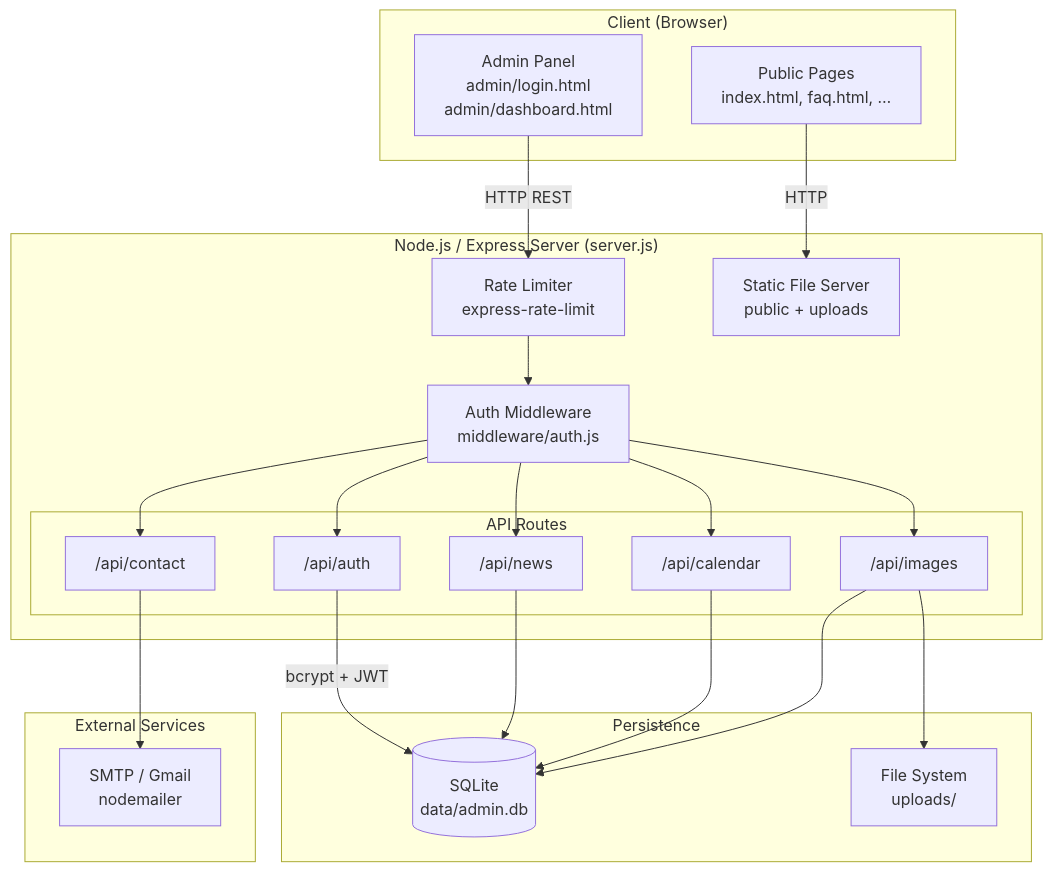
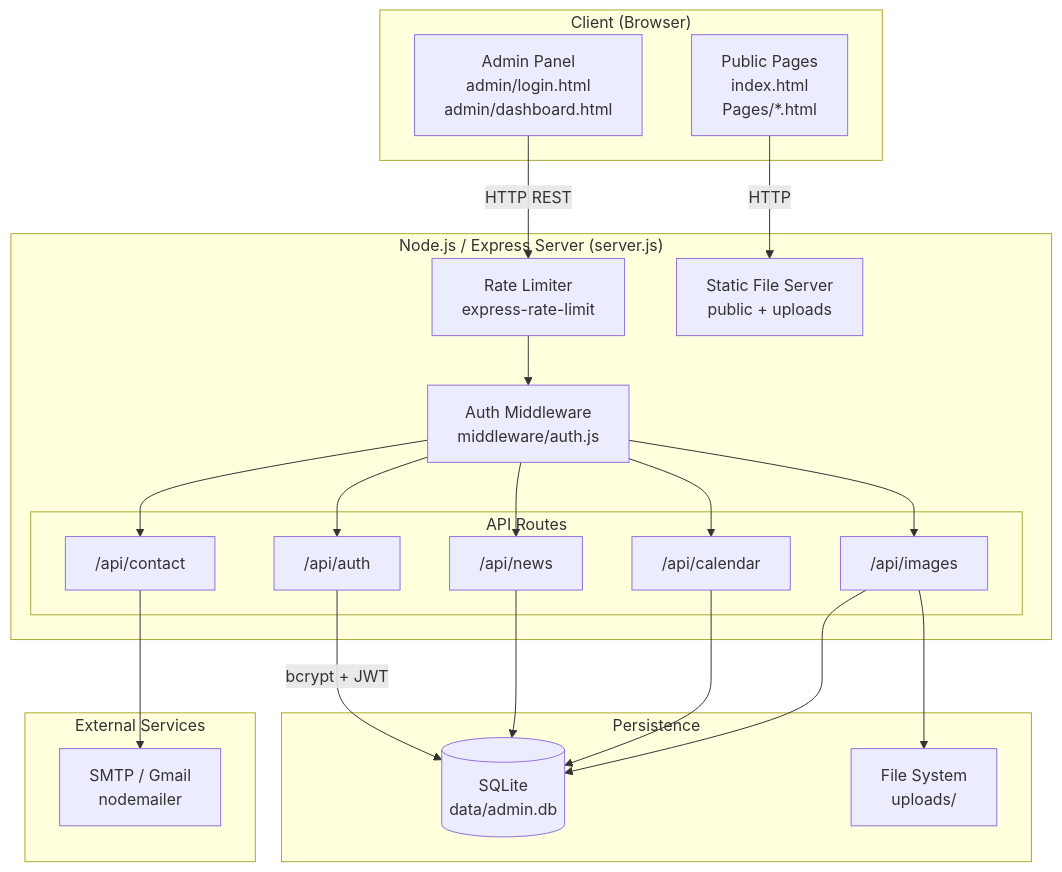
One commit to aairom/ajj-clone changed the first of 4 diagrams in Docs/Architecture.md. Above: the diagram before and after it, drawn with Mermaid. The commit also changed 8 other files, not shown here.

````diff
--- a/Docs/Architecture.md
+++ b/Docs/Architecture.md
@@ -5,46 +5,46 @@
 ```mermaid
 graph TB
     subgraph Client["Client (Browser)"]
-        PUB[Public Pages<br/>index.html, faq.html, …]
+        PUB[Public Pages<br/>index.html<br/>Pages/*.html]
         ADM[Admin Panel<br/>admin/login.html<br/>admin/dashboard.html]
     end
 
     subgraph Server["Node.js / Express Server (server.js)"]
         RL[Rate Limiter<br/>express-rate-limit]
         AUTH_MW[Auth Middleware<br/>middleware/auth.js]
         STATIC[Static File Server<br/>public + uploads]
 
         subgraph Routes["API Routes"]
             R_AUTH["/api/auth"]
             R_NEWS["/api/news"]
             R_CAL["/api/calendar"]
             R_CONTACT["/api/contact"]
             R_IMG["/api/images"]
         end
     end
 
     subgraph Storage["Persistence"]
         DB[(SQLite<br/>data/admin.db)]
         FS[File System<br/>uploads/]
     end
 
     subgraph External["External Services"]
         SMTP[SMTP / Gmail<br/>nodemailer]
     end
 
     PUB -->|HTTP| STATIC
     ADM -->|HTTP REST| RL
     RL --> AUTH_MW
     AUTH_MW --> R_AUTH
     AUTH_MW --> R_NEWS
     AUTH_MW --> R_CAL
     AUTH_MW --> R_CONTACT
     AUTH_MW --> R_IMG
 
     R_AUTH -->|bcrypt + JWT| DB
     R_NEWS --> DB
     R_CAL --> DB
     R_IMG --> DB
     R_IMG --> FS
     R_CONTACT --> SMTP
 ```
````
